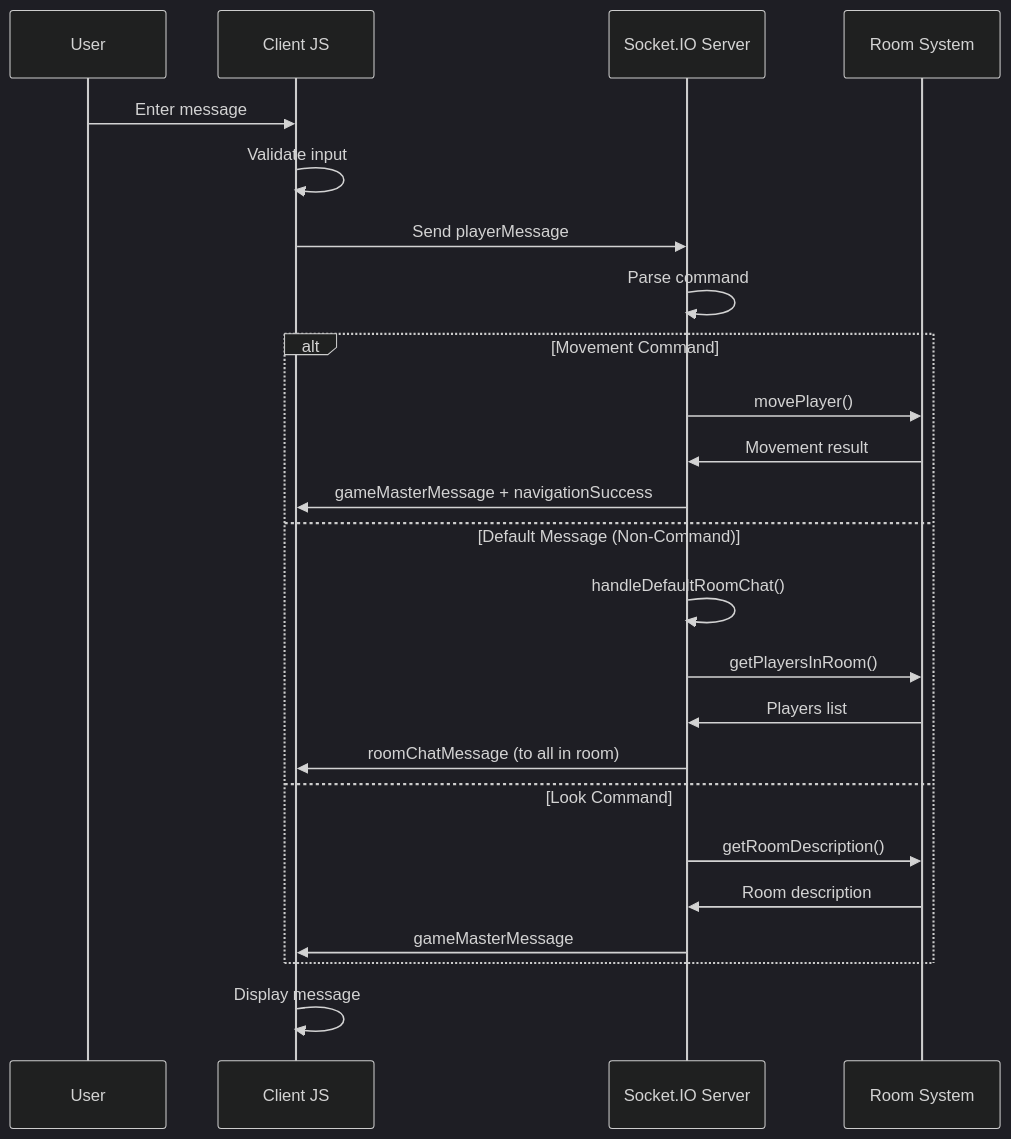
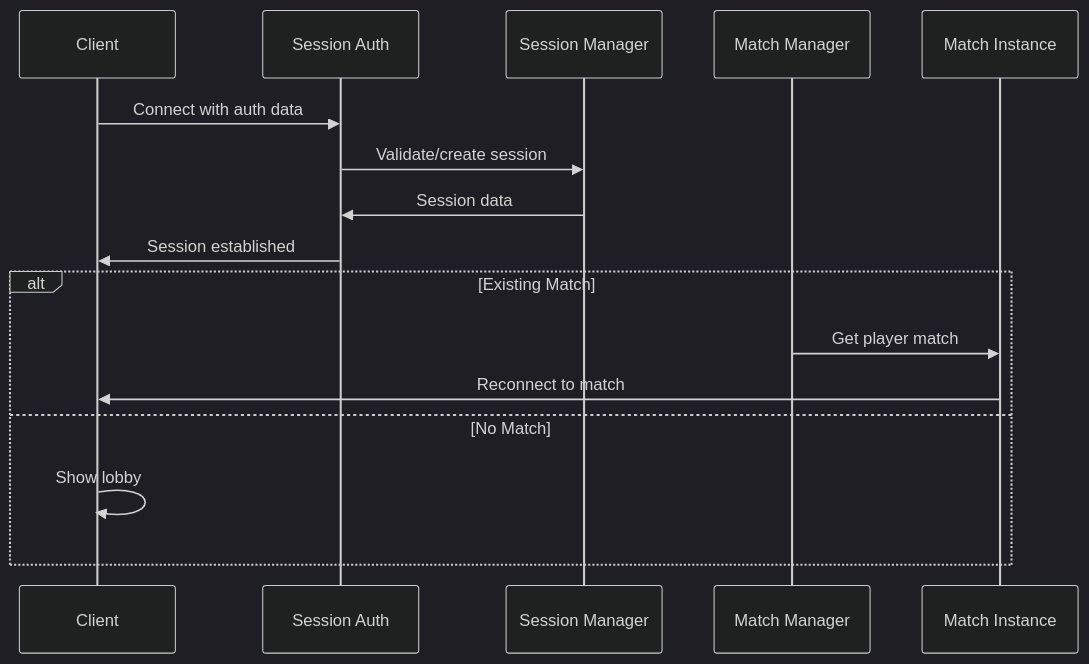
Before and after one commit to MichelPescina/JogoTesto: the sixth of 8 diagrams in documentation/TECH_OVERVIEW.md, drawn with Mermaid (dark theme). The commit also changed other lines of this file and 1 other file, not shown here.

````diff
--- a/documentation/TECH_OVERVIEW.md
+++ b/documentation/TECH_OVERVIEW.md
@@ -121,29 +222,20 @@
 ```mermaid
 sequenceDiagram
-    participant U as User
-    participant C as Client JS
-    participant S as Socket.IO Server
-    participant R as Room System
+    participant C as Client
+    participant SA as Session Auth
+    participant SM as Session Manager
+    participant MM as Match Manager
+    participant M as Match Instance
     
-    U->>C: Enter message
-    C->>C: Validate input
-    C->>S: Send playerMessage
-    S->>S: Parse command
+    C->>SA: Connect with auth data
+    SA->>SM: Validate/create session
+    SM->>SA: Session data
+    SA->>C: Session established
     
-    alt Movement Command
-        S->>R: movePlayer()
-        R->>S: Movement result
-        S->>C: gameMasterMessage + navigationSuccess
-    else Default Message (Non-Command)
-        S->>S: handleDefaultRoomChat()
-        S->>R: getPlayersInRoom()
-        R->>S: Players list
-        S->>C: roomChatMessage (to all in room)
-    else Look Command
-        S->>R: getRoomDescription()
-        R->>S: Room description
-        S->>C: gameMasterMessage
+    alt Existing Match
+        MM->>M: Get player match
+        M->>C: Reconnect to match
+    else No Match
+        C->>C: Show lobby
     end
-    
-    C->>C: Display message
 ```
````
